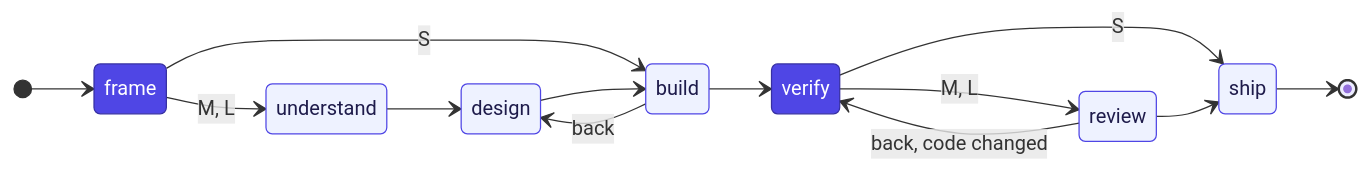
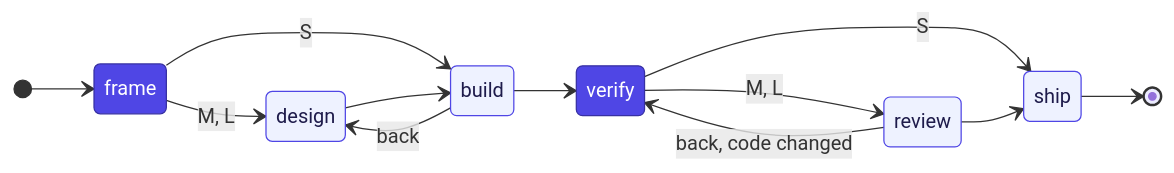
The second of 7 diagrams in README.md (0x00vb/vstack), drawn with Mermaid before and after one commit. The commit also changed other lines of this file and 19 other files, not shown here.

````diff
--- a/README.md
+++ b/README.md
@@ -132,21 +132,20 @@
 ```mermaid
 stateDiagram-v2
     direction LR
     [*] --> frame
-    frame --> understand: M, L
+    frame --> design: M, L
     frame --> build: S
-    understand --> design
     design --> build
     build --> verify
     verify --> review: M, L
     verify --> ship: S
     review --> ship
     ship --> [*]
     build --> design: back
     review --> verify: back, code changed
 
     classDef must fill:#4f46e5,stroke:#3730a3,color:#ffffff
     classDef opt fill:#eef2ff,stroke:#4f46e5,color:#1e1b4b
     class frame, verify must
-    class understand, design, build, review, ship opt
+    class design, build, review, ship opt
 ```
````
